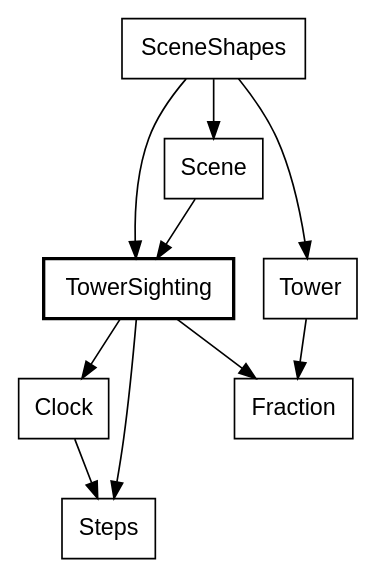
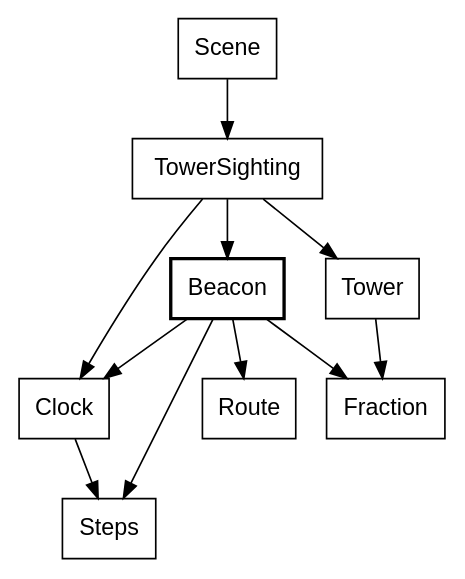
One commit to showell/roc-apps changed diagram 13 of 35 in canvas_apps/safari/tutorial/tutorial.md. Above: the diagram before and after it, drawn with Graphviz. The commit also changed other lines of this file, not shown here.

````diff
--- a/canvas_apps/safari/tutorial/tutorial.md
+++ b/canvas_apps/safari/tutorial/tutorial.md
@@ -1273,15 +1310,16 @@
 ```dot
 digraph beacon {
   node [shape=box, fontname="Helvetica"];
-  TowerSighting [style=bold];
-  SceneShapes -> Scene;
-  SceneShapes -> TowerSighting;
-  SceneShapes -> Tower;
+  Beacon [style=bold];
   Scene -> TowerSighting;
+  TowerSighting -> Beacon;
+  TowerSighting -> Tower;
   TowerSighting -> Clock;
-  TowerSighting -> Steps;
-  TowerSighting -> Fraction;
+  Beacon -> Clock;
+  Beacon -> Steps;
+  Beacon -> Fraction;
+  Beacon -> Route;
   Clock -> Steps;
   Tower -> Fraction;
 }
 ```
````
